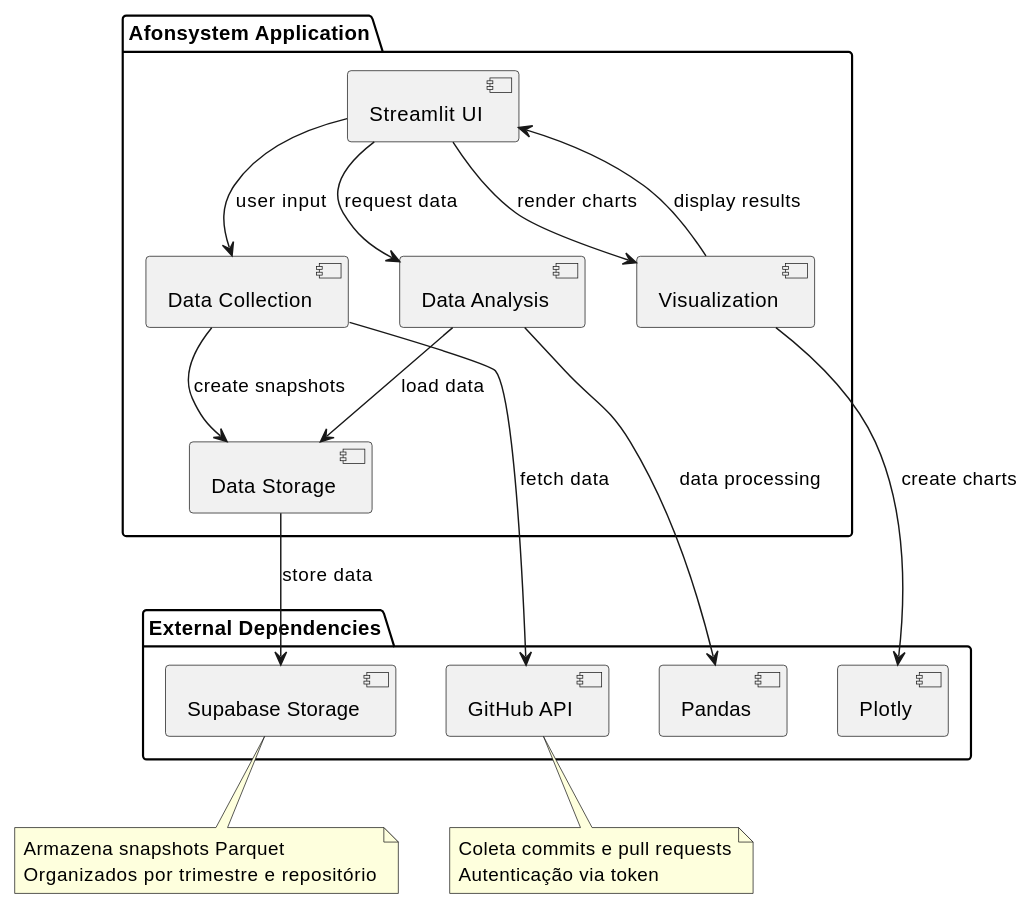
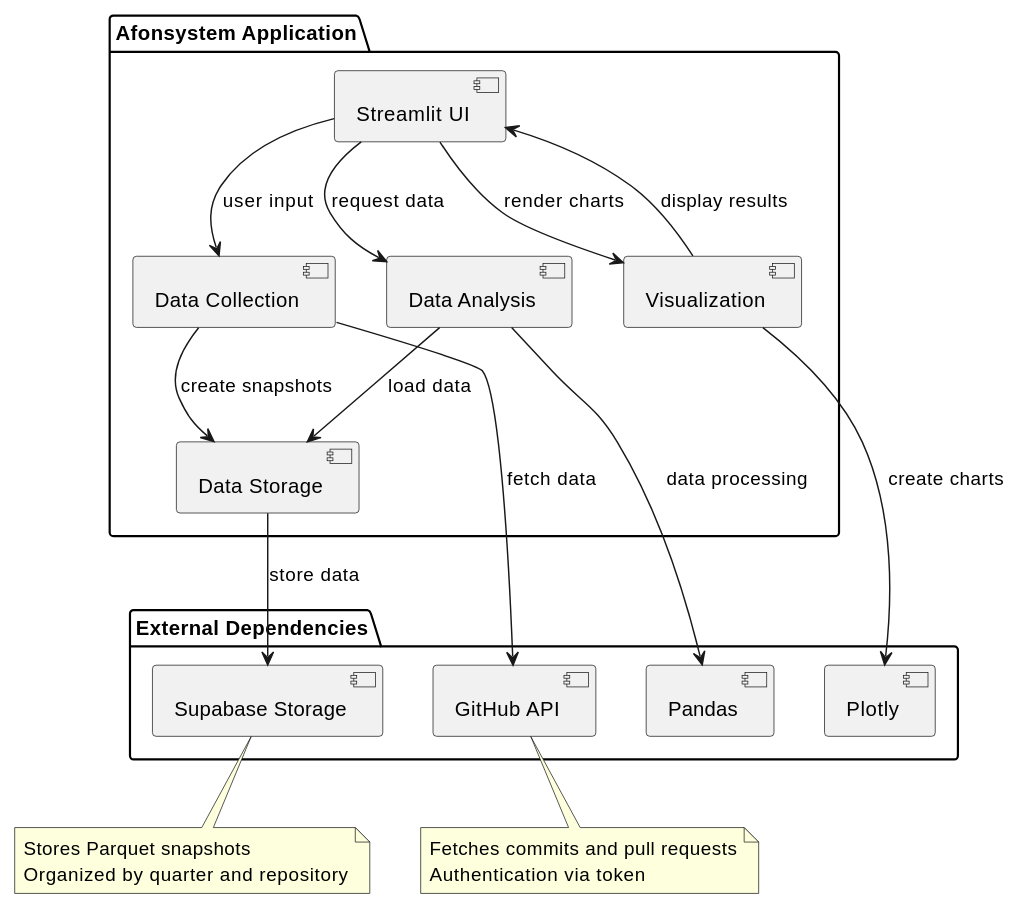
The third of 3 diagrams in artigos/softwarex/sistema/PROJECT_DOCUMENTATION.md (afonsolelis/pesquisa_modelo_gd_apb), drawn with PlantUML before and after one commit. The commit also changed other lines of this file and 5 other files, not shown here.

Commit message:
feat(diagrams): translate UML diagrams and documentation to English

````diff
--- a/artigos/softwarex/sistema/PROJECT_DOCUMENTATION.md
+++ b/artigos/softwarex/sistema/PROJECT_DOCUMENTATION.md
@@ -286,39 +286,39 @@
 ```plantuml
 @startuml
 package "Afonsystem Application" {
   [Streamlit UI] as UI
   [Data Collection] as DC
   [Data Storage] as DS
   [Data Analysis] as DA
   [Visualization] as VIZ
 }
 
 package "External Dependencies" {
   [GitHub API]
   [Supabase Storage]
   [Pandas]
   [Plotly]
 }
 
 UI --> DC : user input
 UI --> DA : request data
 UI --> VIZ : render charts
 DC --> [GitHub API] : fetch data
 DC --> DS : create snapshots
 DS --> [Supabase Storage] : store data
 DA --> DS : load data
 DA --> [Pandas] : data processing
 VIZ --> [Plotly] : create charts
 VIZ --> UI : display results
 
 note bottom of [Supabase Storage]
-  Armazena snapshots Parquet
-  Organizados por trimestre e repositório
+  Stores Parquet snapshots
+  Organized by quarter and repository
 end note
 
 note bottom of [GitHub API]
-  Coleta commits e pull requests
-  Autenticação via token
+  Fetches commits and pull requests
+  Authentication via token
 end note
 @enduml
 ```
````
